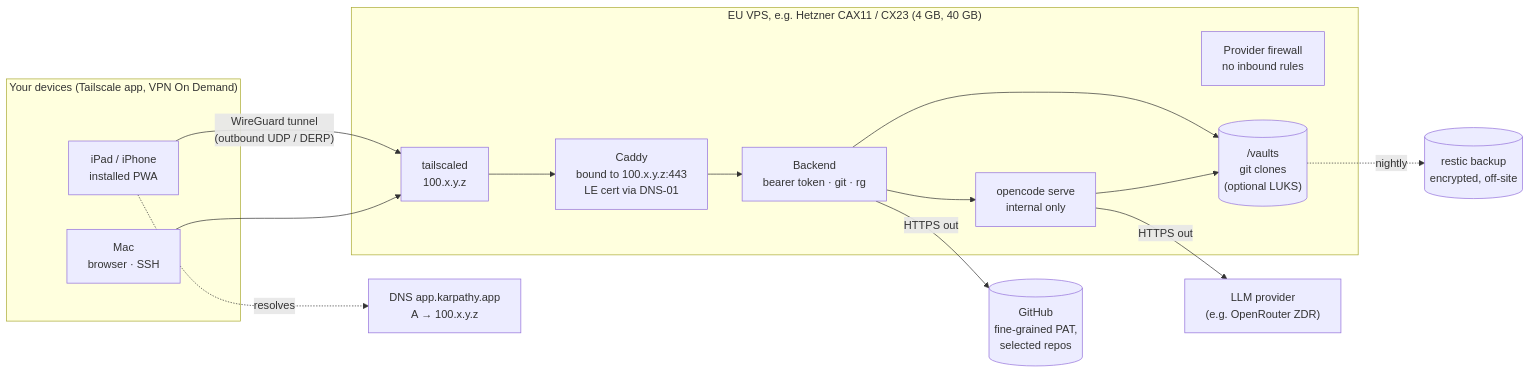
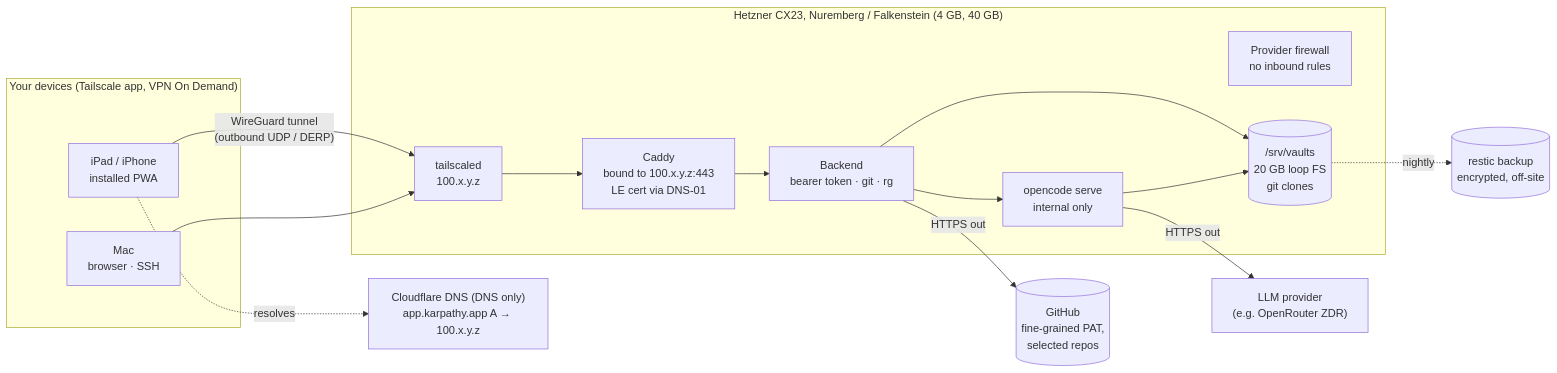
One commit to tillg/karpathy.ai changed the diagram in docs/diagrams/prod-env-topology.mmd. Above: the diagram before and after it, drawn with Mermaid. The commit also changed 4 other files, not shown here.

```diff
--- a/docs/diagrams/prod-env-topology.mmd
+++ b/docs/diagrams/prod-env-topology.mmd
@@ -1,26 +1,26 @@
 flowchart LR
   subgraph Devices["Your devices (Tailscale app, VPN On Demand)"]
     IPAD["iPad / iPhone<br/>installed PWA"]
     MAC["Mac<br/>browser · SSH"]
   end
-  subgraph VPS["EU VPS, e.g. Hetzner CAX11 / CX23 (4 GB, 40 GB)"]
+  subgraph VPS["Hetzner CX23, Nuremberg / Falkenstein (4 GB, 40 GB)"]
     FW["Provider firewall<br/>no inbound rules"]
     TS["tailscaled<br/>100.x.y.z"]
     P["Caddy<br/>bound to 100.x.y.z:443<br/>LE cert via DNS-01"]
     B["Backend<br/>bearer token · git · rg"]
     OC["opencode serve<br/>internal only"]
-    V[("/vaults<br/>git clones<br/>(optional LUKS)")]
+    V[("/srv/vaults<br/>20 GB loop FS<br/>git clones")]
   end
-  DNS["DNS app.karpathy.app<br/>A → 100.x.y.z"]
+  DNS["Cloudflare DNS (DNS only)<br/>app.karpathy.app A → 100.x.y.z"]
   GH[("GitHub<br/>fine-grained PAT,<br/>selected repos")]
   LLM["LLM provider<br/>(e.g. OpenRouter ZDR)"]
   BK[("restic backup<br/>encrypted, off-site")]
   IPAD -- "WireGuard tunnel<br/>(outbound UDP / DERP)" --> TS
   MAC --> TS
   TS --> P --> B --> OC
   B --> V
   OC --> V
   B -- "HTTPS out" --> GH
   OC -- "HTTPS out" --> LLM
   V -. nightly .-> BK
   IPAD -. resolves .-> DNS
```
